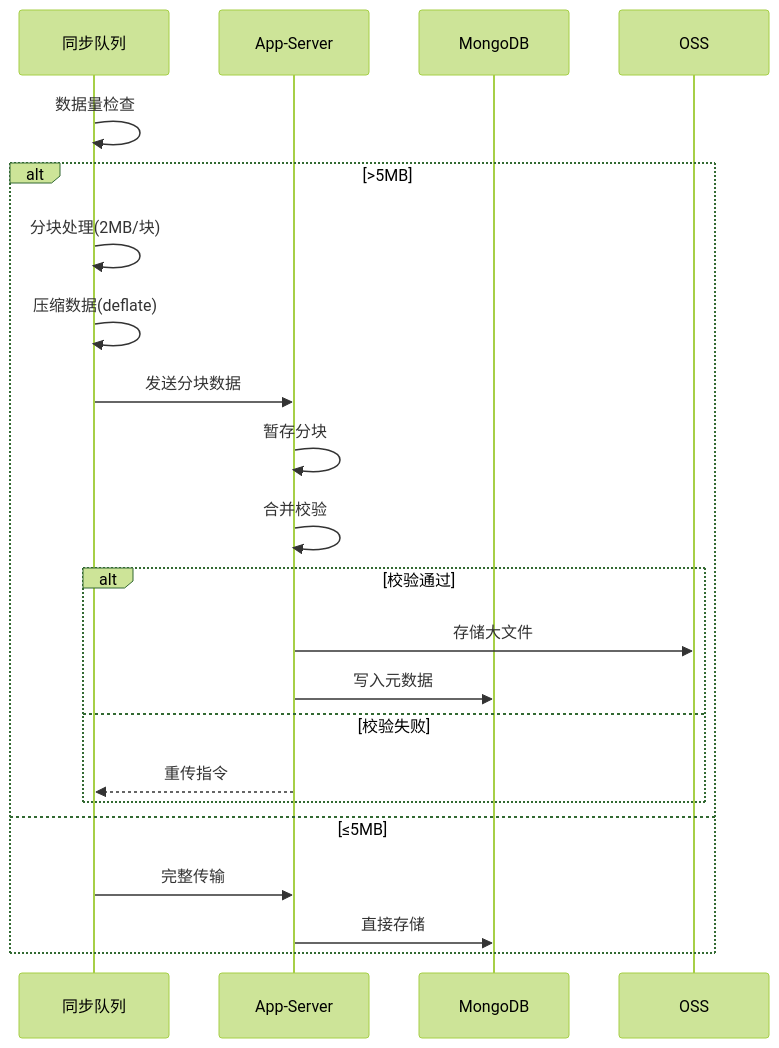
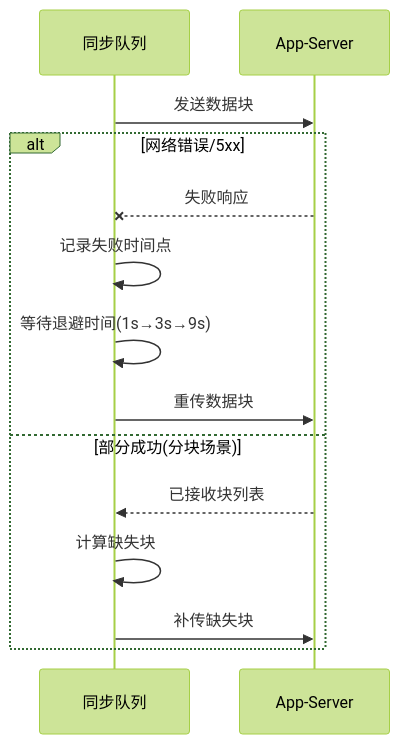
The diagram in all/未命名-24.md (yingjianzh/iodraw-files), drawn with Mermaid (forest theme) before and after one commit.

Commit message:
2025-02-21 11:09:49 update

````diff
--- a/all/未命名-24.md
+++ b/all/未命名-24.md
@@ -1,25 +1,17 @@
 ```mermaid
 sequenceDiagram
     participant 同步队列
     participant App-Server
-    participant MongoDB
-    participant OSS
 
-    同步队列->>同步队列: 数据量检查
-    alt >5MB
-        同步队列->>同步队列: 分块处理(2MB/块)
-        同步队列->>同步队列: 压缩数据(deflate)
-        同步队列->>App-Server: 发送分块数据
-        App-Server->>App-Server: 暂存分块
-        App-Server->>App-Server: 合并校验
-        alt 校验通过
-            App-Server->>OSS: 存储大文件
-            App-Server->>MongoDB: 写入元数据
-        else 校验失败
-            App-Server-->>同步队列: 重传指令
-        end
-    else ≤5MB
-        同步队列->>App-Server: 完整传输
-        App-Server->>MongoDB: 直接存储
+    同步队列->>App-Server: 发送数据块
+    alt 网络错误/5xx
+        App-Server--x 同步队列: 失败响应
+        同步队列->>同步队列: 记录失败时间点
+        同步队列->>同步队列: 等待退避时间(1s→3s→9s)
+        同步队列->>App-Server: 重传数据块
+    else 部分成功(分块场景)
+        App-Server-->>同步队列: 已接收块列表
+        同步队列->>同步队列: 计算缺失块
+        同步队列->>App-Server: 补传缺失块
     end
 ```
````
